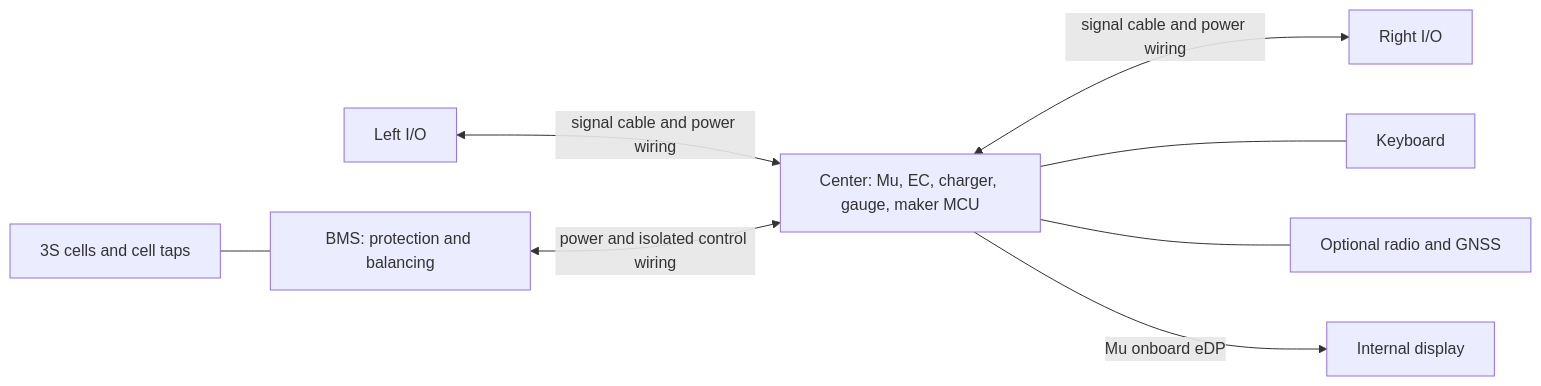
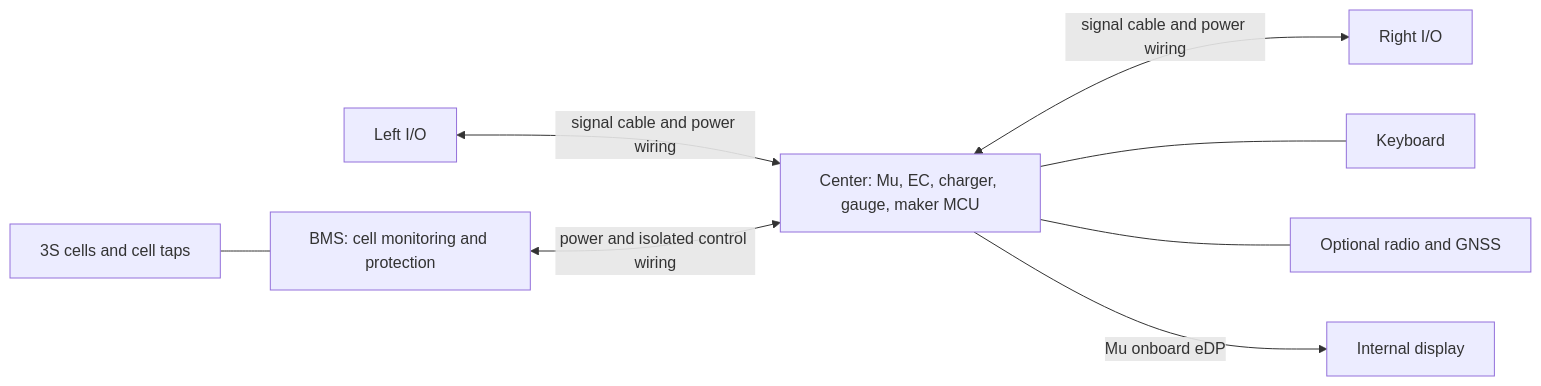
The diagram in README.md (EwoudVV/ducktop2), drawn with Mermaid before and after one commit. The commit also changed other lines of this file and 187 other files, not shown here.

````diff
--- a/README.md
+++ b/README.md
@@ -69,10 +72,10 @@
 ```mermaid
 flowchart LR
     L[Left I/O] <-->|signal cable and power wiring| C[Center: Mu, EC, charger, gauge, maker MCU]
     C <-->|signal cable and power wiring| R[Right I/O]
-    B[BMS: protection and balancing] <-->|power and isolated control wiring| C
+    B[BMS: cell monitoring and protection] <-->|power and isolated control wiring| C
     Cells[3S cells and cell taps] --- B
     C --- K[Keyboard]
     C --- Radio[Optional radio and GNSS]
     C -->|Mu onboard eDP| Panel[Internal display]
 ```
````
